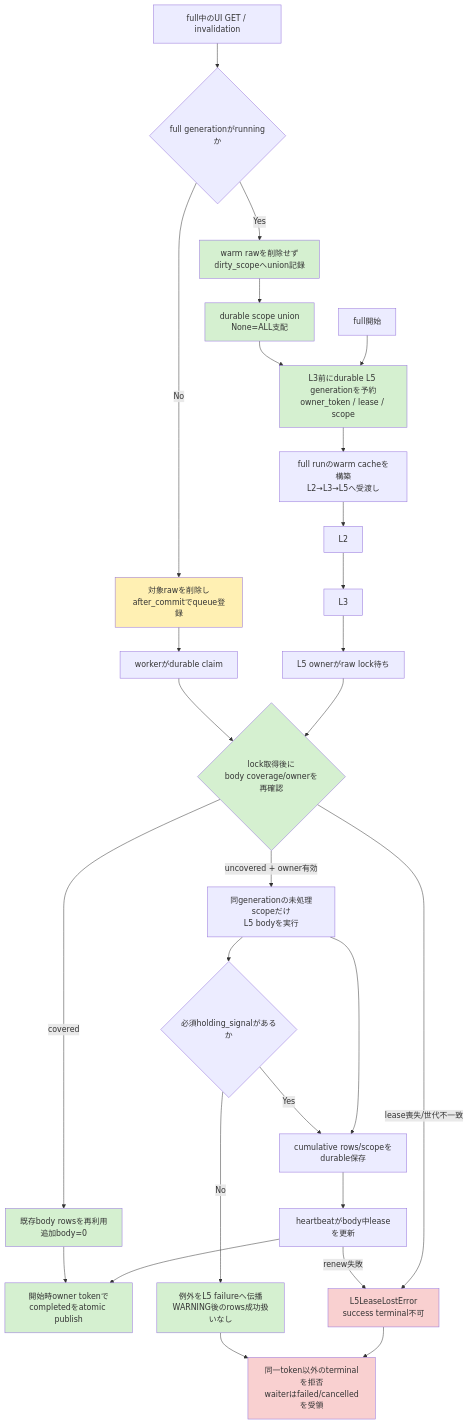
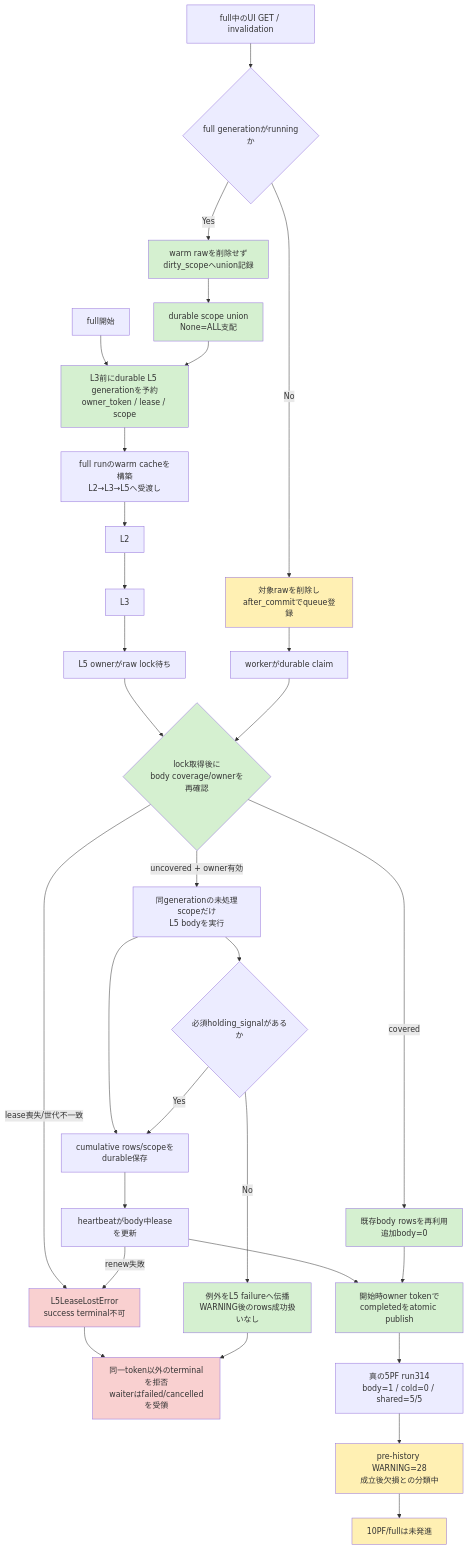
The second of 7 diagrams in docs/research/dm-production-issues-asis-tobe-5w1h_20260810.md (simokitafresh/multi-agent-shogun), drawn with Mermaid before and after one commit. The commit also changed other lines of this file, not shown here.

Commit message:
docs: record P6 live canary checkpoint

````diff
--- a/docs/research/dm-production-issues-asis-tobe-5w1h_20260810.md
+++ b/docs/research/dm-production-issues-asis-tobe-5w1h_20260810.md
@@ -208,41 +208,47 @@
 ```mermaid
 flowchart TD
     START["full開始"] --> RESERVE["L3前にdurable L5 generationを予約<br/>owner_token / lease / scope"]
     RESERVE --> CACHE["full runのwarm cacheを構築<br/>L2→L3→L5へ受渡し"]
     CACHE --> L2["L2"] --> L3["L3"] --> L5WAIT["L5 ownerがraw lock待ち"]
 
     UI["full中のUI GET / invalidation"] --> RUNNING{"full generationがrunningか"}
     RUNNING -->|"Yes"| MERGE["warm rawを削除せず<br/>dirty_scopeへunion記録"]
     MERGE --> SCOPE["durable scope union<br/>None=ALL支配"]
     SCOPE --> RESERVE
     RUNNING -->|"No"| DELETE["対象rawを削除し<br/>after_commitでqueue登録"]
     DELETE --> CLAIM["workerがdurable claim"]
 
     L5WAIT --> COVERAGE{"lock取得後に<br/>body coverage/ownerを再確認"}
     CLAIM --> COVERAGE
     COVERAGE -->|"covered"| WAIT["既存body rowsを再利用<br/>追加body=0"]
     COVERAGE -->|"uncovered + owner有効"| BODY["同generationの未処理scopeだけ<br/>L5 bodyを実行"]
     BODY --> MARK["cumulative rows/scopeをdurable保存"]
     MARK --> HEART["heartbeatがbody中leaseを更新"]
     HEART --> TERMINAL["開始時owner tokenで<br/>completedをatomic publish"]
     WAIT --> TERMINAL
     COVERAGE -->|"lease喪失/世代不一致"| FAIL["L5LeaseLostError<br/>success terminal不可"]
     HEART -->|"renew失敗"| FAIL
     FAIL --> FAILED["同一token以外のterminalを拒否<br/>waiterはfailed/cancelledを受領"]
 
     BODY --> MTD{"必須holding_signalがあるか"}
     MTD -->|"No"| MTDFAIL["例外をL5 failureへ伝播<br/>WARNING後のrows成功扱いなし"]
     MTDFAIL --> FAILED
     MTD -->|"Yes"| MARK
 
+    TERMINAL --> CANARY5["真の5PF run314<br/>body=1 / cold=0 / shared=5/5"]
+    CANARY5 --> PREWARN["pre-history WARNING=28<br/>成立後欠損との分類中"]
+    PREWARN --> HOLD10["10PF/fullは未発進"]
+
     style RESERVE fill:#d5f0d0
     style MERGE fill:#d5f0d0
     style SCOPE fill:#d5f0d0
     style COVERAGE fill:#d5f0d0
     style WAIT fill:#d5f0d0
     style TERMINAL fill:#d5f0d0
     style MTDFAIL fill:#d5f0d0
     style DELETE fill:#fff0b3
+    style PREWARN fill:#fff0b3
+    style HOLD10 fill:#fff0b3
     style FAIL fill:#f9d0d0
     style FAILED fill:#f9d0d0
 ```
````
